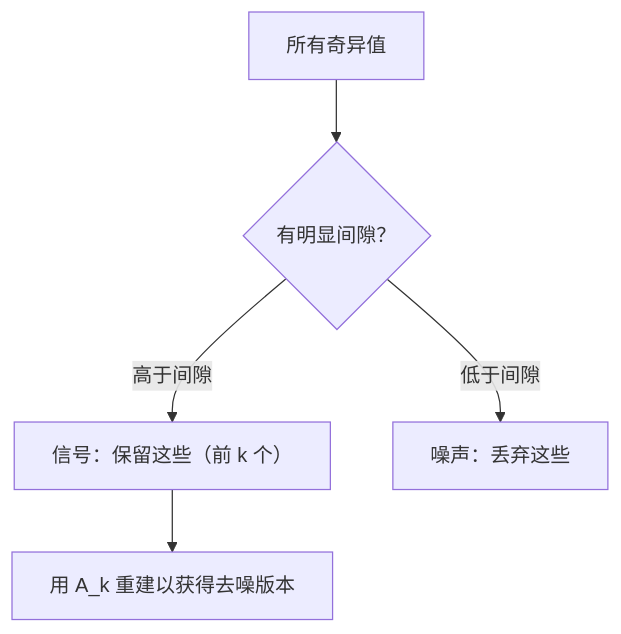
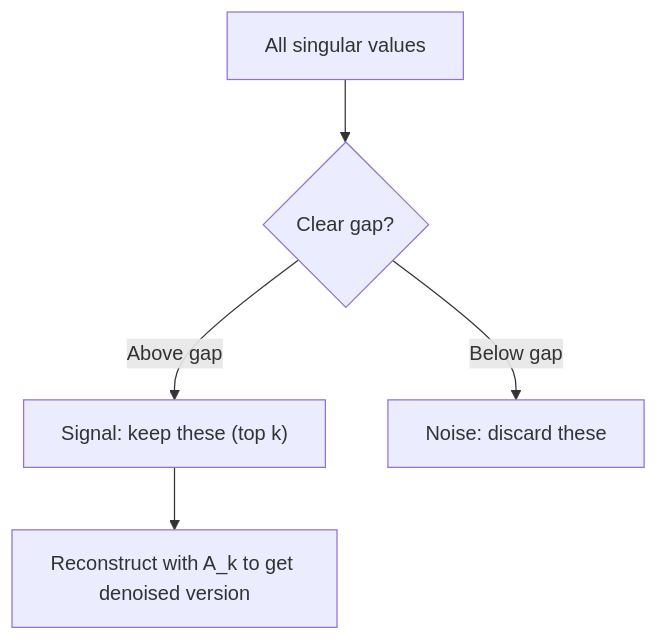
One commit to xiaojiaenen/ai-engineering-from-scratch-zh changed the second of 2 diagrams in i18n/zh/phases/01-math-foundations/11-singular-value-decomposition/docs/zh.md. Above: the diagram before and after it, drawn with Mermaid. The commit also changed other lines of this file and 22 other files, not shown here.

````diff
--- a/i18n/zh/phases/01-math-foundations/11-singular-value-decomposition/docs/zh.md
+++ b/i18n/zh/phases/01-math-foundations/11-singular-value-decomposition/docs/zh.md
@@ -274,7 +274,7 @@
 ```mermaid
 graph TD
-    A["所有奇异值"] --> B{"有明显间隙？"}
-    B -->|"高于间隙"| C["信号：保留这些（前 k 个）"]
-    B -->|"低于间隙"| D["噪声：丢弃这些"]
-    C --> E["用 A_k 重建以获得去噪版本"]
+    A["All singular values"] --> B{"Clear gap?"}
+    B -->|"Above gap"| C["Signal: keep these (top k)"]
+    B -->|"Below gap"| D["Noise: discard these"]
+    C --> E["Reconstruct with A_k to get denoised version"]
 ```
````
